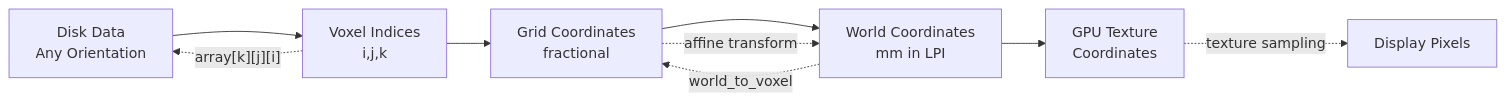
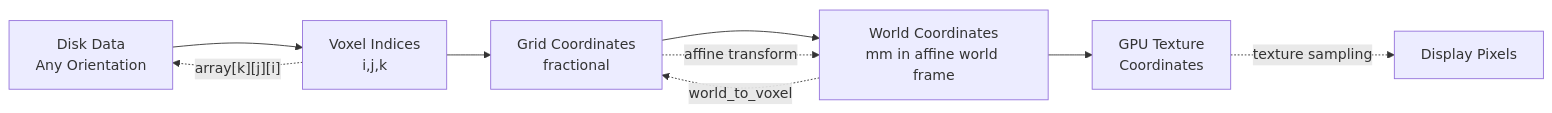
The diagram in docs/COORDINATE_SYSTEM_SPEC.md (bbuchsbaum/brainflow2), drawn with Mermaid before and after one commit. The commit also changed other lines of this file and 46 other files, not shown here.

````diff
--- a/docs/COORDINATE_SYSTEM_SPEC.md
+++ b/docs/COORDINATE_SYSTEM_SPEC.md
@@ -54,12 +49,12 @@
 ```mermaid
 graph LR
     A[Disk Data<br/>Any Orientation] --> B[Voxel Indices<br/>i,j,k]
     B --> C[Grid Coordinates<br/>fractional]
-    C --> D[World Coordinates<br/>mm in LPI]
+    C --> D[World Coordinates<br/>mm in affine world frame]
     D --> E[GPU Texture<br/>Coordinates]
     
     B -.-> |"array[k][j][i]"| A
     C -.-> |"affine transform"| D
     D -.-> |"world_to_voxel"| C
     E -.-> |"texture sampling"| F[Display Pixels]
 ```
````
